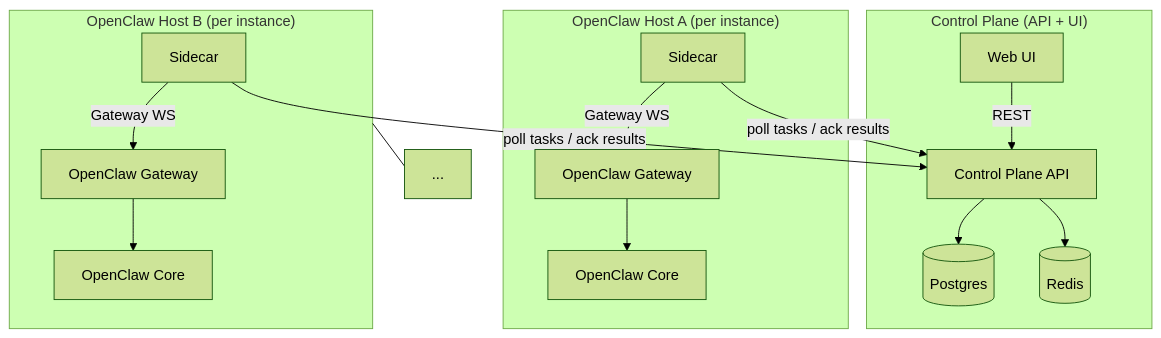
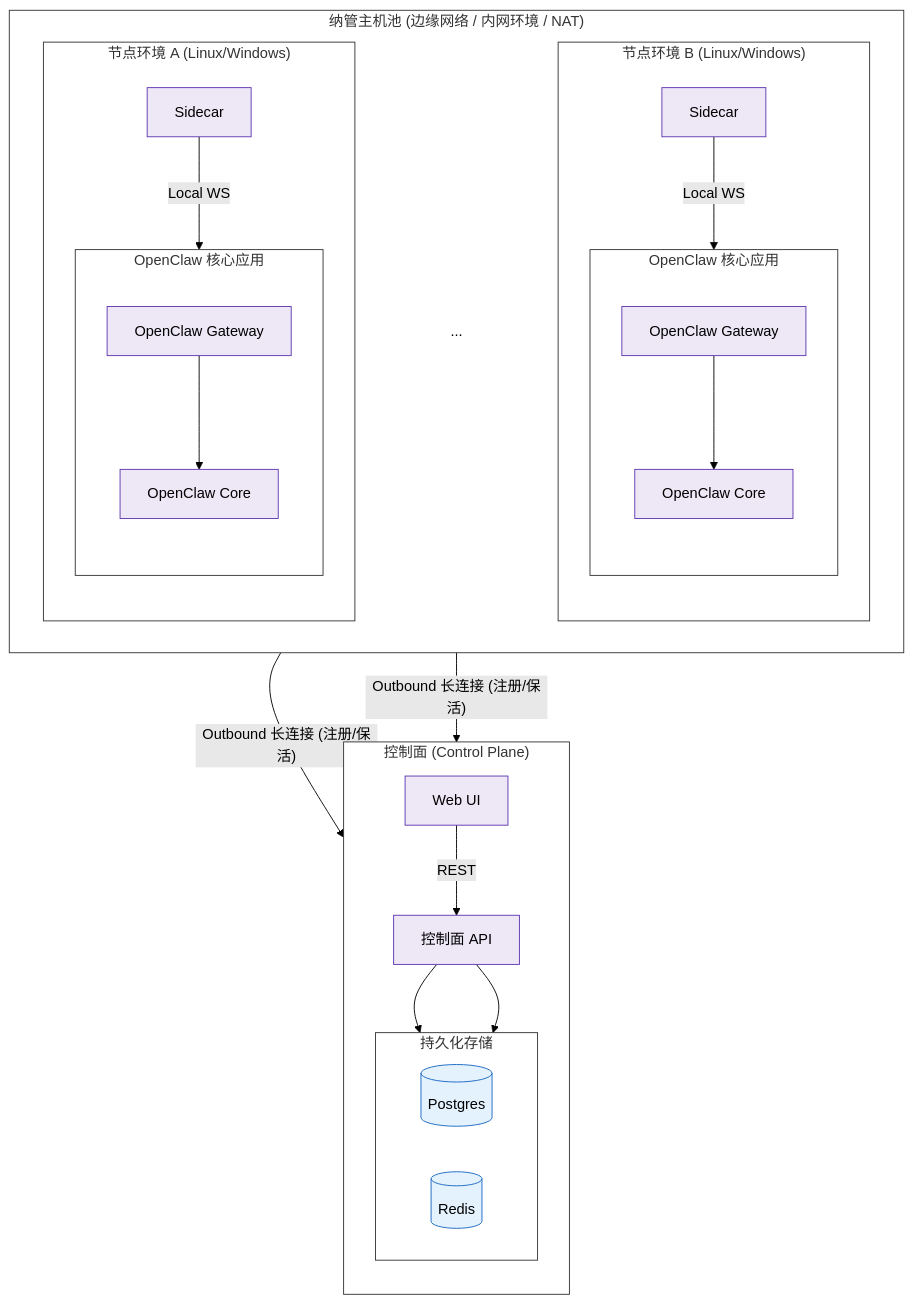
The diagram in README.md (RepeatName-star/openclaw-fleet), drawn with Mermaid (forest theme) before and after one commit. The commit also changed other lines of this file and 1 other file, not shown here.

Commit message:
docs: call out outbound-only management and update diagram

````diff
--- a/README.md
+++ b/README.md
@@ -9,26 +9,79 @@
 ```mermaid
 flowchart TB
-  subgraph ControlPlane["Control Plane (API + UI)"]
-    UI[Web UI] -->|REST| API[Control Plane API]
-    API --> PG[(Postgres)]
-    API --> R[(Redis)]
+  %% --- 样式定义 ---
+  classDef component fill:#ede7f6,stroke:#5e35b1,stroke-width:1px;
+  classDef db fill:#e3f2fd,stroke:#1565c0,stroke-width:1px;
+  classDef plain fill:none,stroke:none;
+  classDef cluster fill:#fff,stroke:#333,stroke-width:1px;
+
+  %% ==========================================
+  %% 1. 上层：控制面 (Control Plane)
+  %% ==========================================
+  subgraph ControlPlane["控制面 (Control Plane)"]
+    direction TB
+    UI[Web UI]:::component -->|REST| API[控制面 API]:::component
+    
+    %% 数据库层：强制放在 API 下方，内部左右排列
+    subgraph DataLayer["持久化存储"]
+      direction LR
+      PG[(Postgres)]:::db
+      R[(Redis)]:::db
+    end
+    
+    API --> PG
+    API --> R
   end
 
-  subgraph HostA["OpenClaw Host A (per instance)"]
-    SCA[Sidecar]
-    GWA[OpenClaw Gateway]
-    OCA[OpenClaw Core]
-    SCA -->|Gateway WS| GWA --> OCA
+  %% ==========================================
+  %% 关键布局修复：隐形“脊柱”
+  %% 这行代码强制 控制面 在 主机池 的正上方
+  %% ==========================================
+  DataLayer ~~~ NodePool
+
+  %% ==========================================
+  %% 2. 下层：纳管主机池
+  %% ==========================================
+  subgraph NodePool["纳管主机池 (边缘网络 / 内网环境 / NAT)"]
+    direction LR %% 强制内部元素横向排列
+    
+    %% --- 2.1 左侧：节点 A ---
+    subgraph NodeEnvA["节点环境 A (Linux/Windows)"]
+      direction TB
+      SCA[Sidecar]:::component
+      
+      subgraph AppA["OpenClaw 核心应用"]
+        direction TB
+        GWA[OpenClaw Gateway]:::component --> OCA[OpenClaw Core]:::component
+      end
+      
+      SCA -->|Local WS| GWA
+    end
+
+    %% --- 2.2 中间：省略号 ---
+    Dots["..."]:::plain
+
+    %% --- 2.3 右侧：节点 B ---
+    subgraph NodeEnvB["节点环境 B (Linux/Windows)"]
+      direction TB
+      SCB[Sidecar]:::component
+      
+      subgraph AppB["OpenClaw 核心应用"]
+        direction TB
+        GWB[OpenClaw Gateway]:::component --> OCB[OpenClaw Core]:::component
+      end
+      
+      SCB -->|Local WS| GWB
+    end
+
+    %% --- 强制横向顺序：A -> 省略号 -> B ---
+    NodeEnvA ~~~ Dots ~~~ NodeEnvB
   end
 
-  subgraph HostB["OpenClaw Host B (per instance)"]
-    SCB[Sidecar]
-    GWB[OpenClaw Gateway]
-    OCB[OpenClaw Core]
-    SCB -->|Gateway WS| GWB --> OCB
-  end
-
-  SCA -->|poll tasks / ack results| API
-  SCB -->|poll tasks / ack results| API
-  HostB --- Dots["..."]
+  %% ==========================================
+  %% 3. 跨网逻辑连线 (Outbound)
+  %% ==========================================
+  %% 这里的连线会自动寻找最短路径，因为有上面的骨架支撑，
+  %% 它们现在会漂亮地汇聚到上方的 API
+  SCA -->|"Outbound 长连接 (注册/保活)"| API
+  SCB -->|"Outbound 长连接 (注册/保活)"| API
 ```
````
